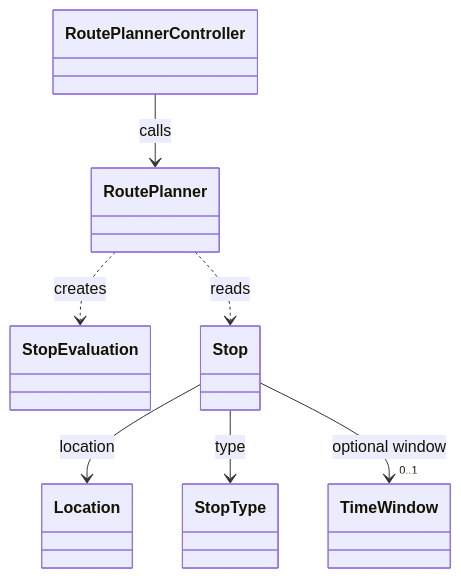
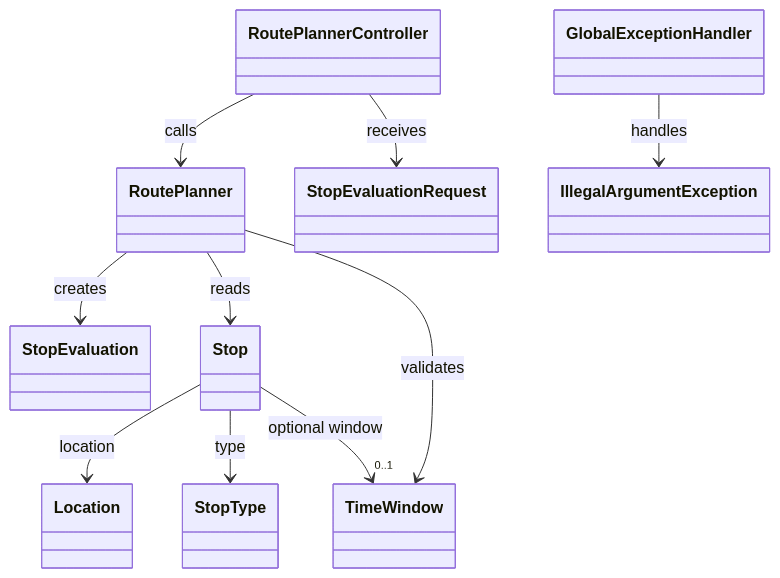
The diagram in README.md (neemishrak/Route-Planner), drawn with Mermaid before and after one commit. The commit also changed other lines of this file, not shown here.

Commit message:
Update README to match the current Java/Spring route planner implementation and architecture

````diff
--- a/README.md
+++ b/README.md
@@ -135,9 +43,12 @@
 ```mermaid
 classDiagram
     RoutePlannerController --> RoutePlanner : calls
-    RoutePlanner ..> StopEvaluation : creates
-    RoutePlanner ..> Stop : reads
+    RoutePlanner --> StopEvaluation : creates
+    RoutePlanner --> Stop : reads
+    RoutePlanner --> TimeWindow : validates
     Stop --> Location : location
     Stop --> StopType : type
     Stop --> "0..1" TimeWindow : optional window
+    GlobalExceptionHandler --> IllegalArgumentException : handles
+    RoutePlannerController --> StopEvaluationRequest : receives
 ```
````
